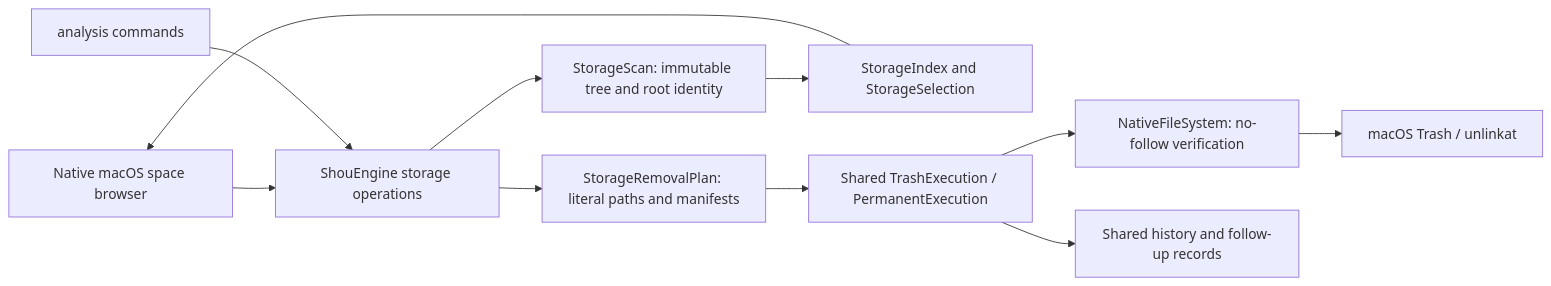
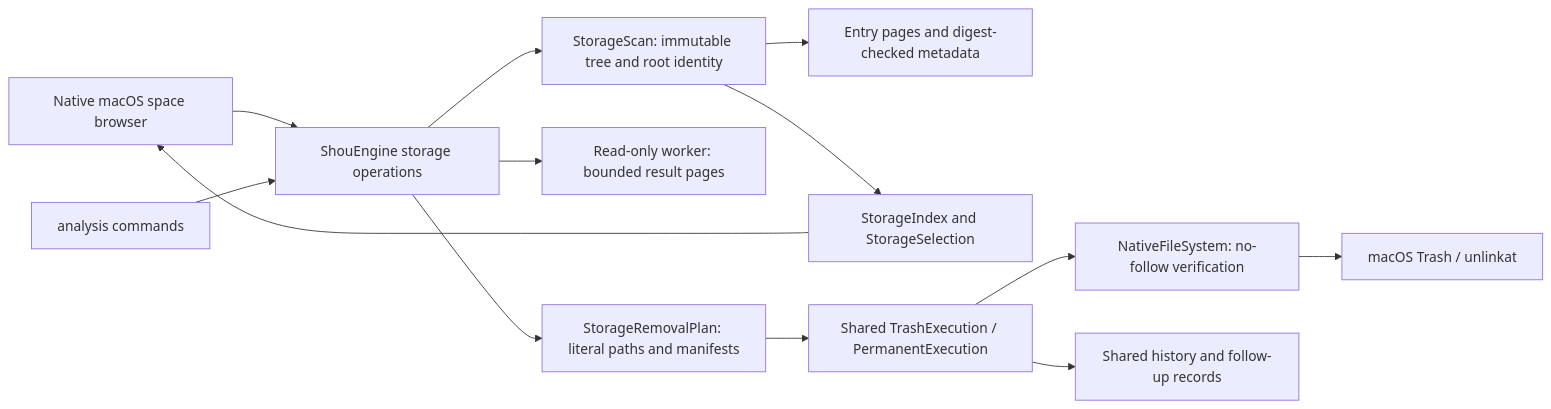
One commit to limecloud/shou changed the first of 3 diagrams in docs/product/space-analysis.md. Above: the diagram before and after it, drawn with Mermaid. The commit also changed other lines of this file and 17 other files, not shown here.

````diff
--- a/docs/product/space-analysis.md
+++ b/docs/product/space-analysis.md
@@ -16,13 +16,15 @@
 ```mermaid
 flowchart LR
   UI[Native macOS space browser] --> Core[ShouEngine storage operations]
   CLI[analysis commands] --> Core
   Core --> Scan[StorageScan: immutable tree and root identity]
+  Core --> Worker[Read-only worker: bounded result pages]
+  Scan --> Pages[Entry pages and digest-checked metadata]
   Scan --> Index[StorageIndex and StorageSelection]
   Index --> UI
   Core --> Plan[StorageRemovalPlan: literal paths and manifests]
   Plan --> Journal[Shared TrashExecution / PermanentExecution]
   Journal --> Native[NativeFileSystem: no-follow verification]
   Journal --> Records[Shared history and follow-up records]
   Native --> OS[macOS Trash / unlinkat]
 ```
````
